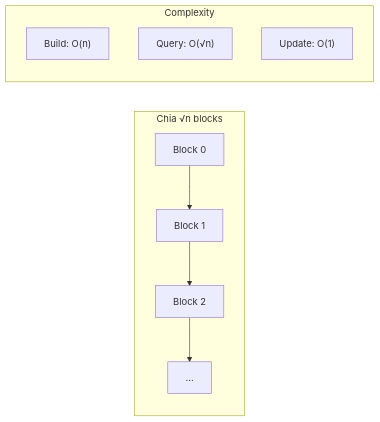
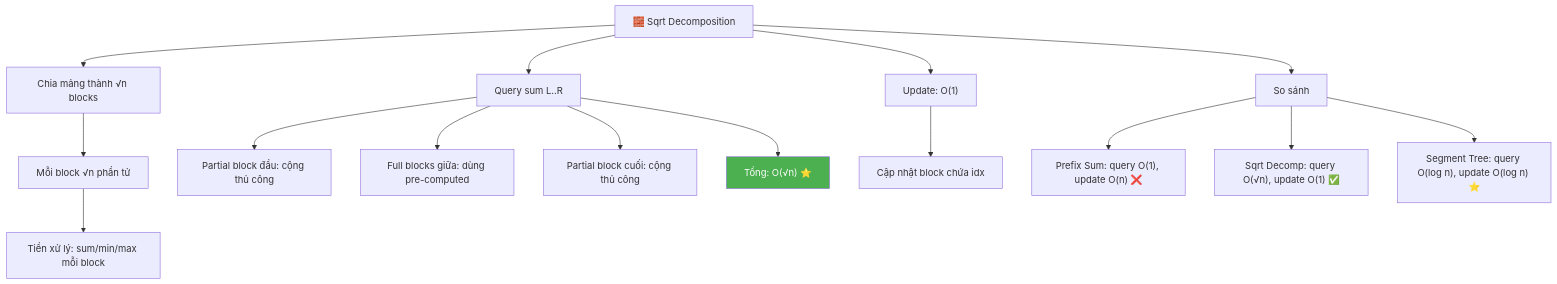
Before and after one commit to delta94e/MD-front-end: diagram 14 of 18 in algo-pratice/array/Array Prerequisites - Kiến Thức Nền Tảng.md, drawn with Mermaid. The commit also changed other lines of this file, not shown here.

````diff
--- a/algo-pratice/array/Array Prerequisites - Kiến Thức Nền Tảng.md
+++ b/algo-pratice/array/Array Prerequisites - Kiến Thức Nền Tảng.md
@@ -3955,12 +4007,22 @@
 ```mermaid
-graph LR
-    subgraph "Chia √n blocks"
-        B1["Block 0"] --> B2["Block 1"] --> B3["Block 2"] --> B4["..."]
-    end
+graph TD
+    A["🧱 Sqrt Decomposition"] --> B["Chia mảng thành √n blocks"]
+    B --> B1["Mỗi block √n phần tử"]
+    B1 --> B2["Tiền xử lý: sum/min/max mỗi block"]
 
-    subgraph "Complexity"
-        C1["Build: O(n)"]
-        C2["Query: O(√n)"]
-        C3["Update: O(1)"]
-    end
+    A --> C["Query sum L..R"]
+    C --> C1["Partial block đầu: cộng thủ công"]
+    C --> C2["Full blocks giữa: dùng pre-computed"]
+    C --> C3["Partial block cuối: cộng thủ công"]
+    C --> C4["Tổng: O(√n) ⭐"]
+
+    A --> D["Update: O(1)"]
+    D --> D1["Cập nhật block chứa idx"]
+
+    A --> E["So sánh"]
+    E --> E1["Prefix Sum: query O(1), update O(n) ❌"]
+    E --> E2["Sqrt Decomp: query O(√n), update O(1) ✅"]
+    E --> E3["Segment Tree: query O(log n), update O(log n) ⭐"]
+
+    style C4 fill:#4CAF50,color:white
 ```
````
